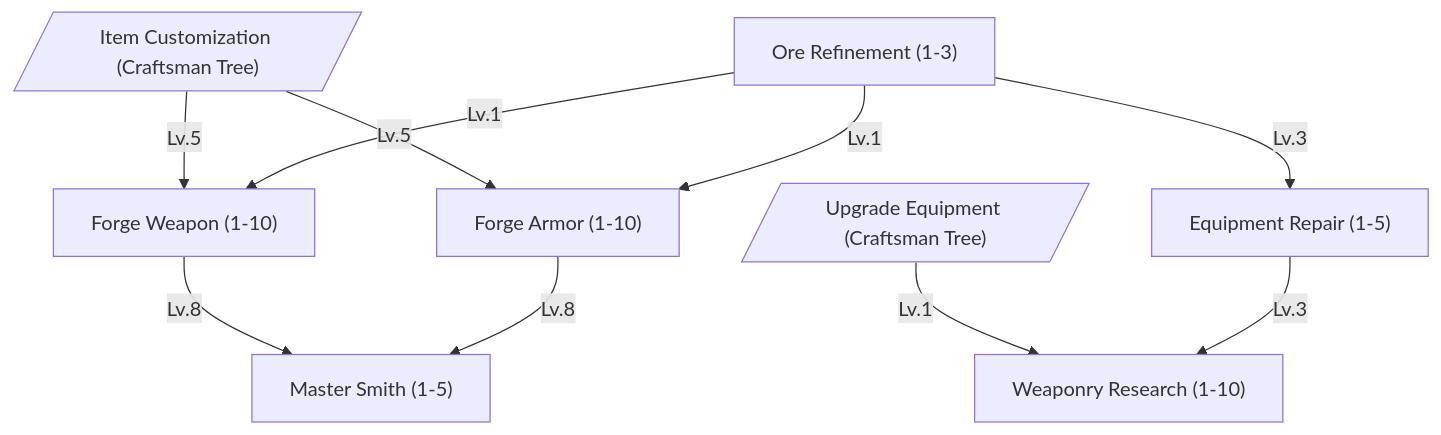
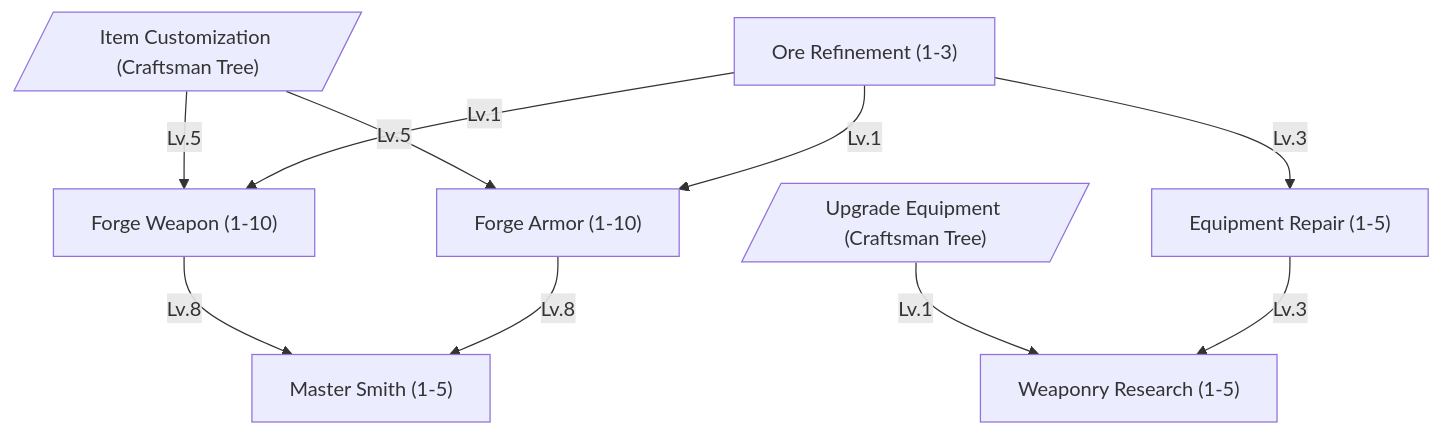
The third of 20 diagrams in content/docs/mechanics/master.md (tfelix/bestia-docs), drawn with Mermaid before and after one commit. The commit also changed other lines of this file, not shown here.

First line of the commit message:
Give the Blacksmith two routes and trim Weaponry Research

````diff
--- a/content/docs/mechanics/master.md
+++ b/content/docs/mechanics/master.md
@@ -385,21 +387,21 @@
 ```mermaid
 graph TD
     ItemCustomization[/"Item Customization (Craftsman Tree)"/]
     UpgradeEquipment[/"Upgrade Equipment (Craftsman Tree)"/]
     OreRefinement["Ore Refinement (1-3)"]
     ForgeWeapon["Forge Weapon (1-10)"]
     ForgeArmor["Forge Armor (1-10)"]
     EquipmentRepair["Equipment Repair (1-5)"]
-    WeaponryResearch["Weaponry Research (1-10)"]
+    WeaponryResearch["Weaponry Research (1-5)"]
     MasterSmith["Master Smith (1-5)"]
 
     ItemCustomization -->|Lv.5| ForgeWeapon
     ItemCustomization -->|Lv.5| ForgeArmor
     OreRefinement -->|Lv.1| ForgeWeapon
     OreRefinement -->|Lv.1| ForgeArmor
     UpgradeEquipment -->|Lv.1| WeaponryResearch
     OreRefinement -->|Lv.3| EquipmentRepair
     EquipmentRepair -->|Lv.3| WeaponryResearch
     ForgeWeapon -->|Lv.8| MasterSmith
     ForgeArmor -->|Lv.8| MasterSmith
 ```
````
